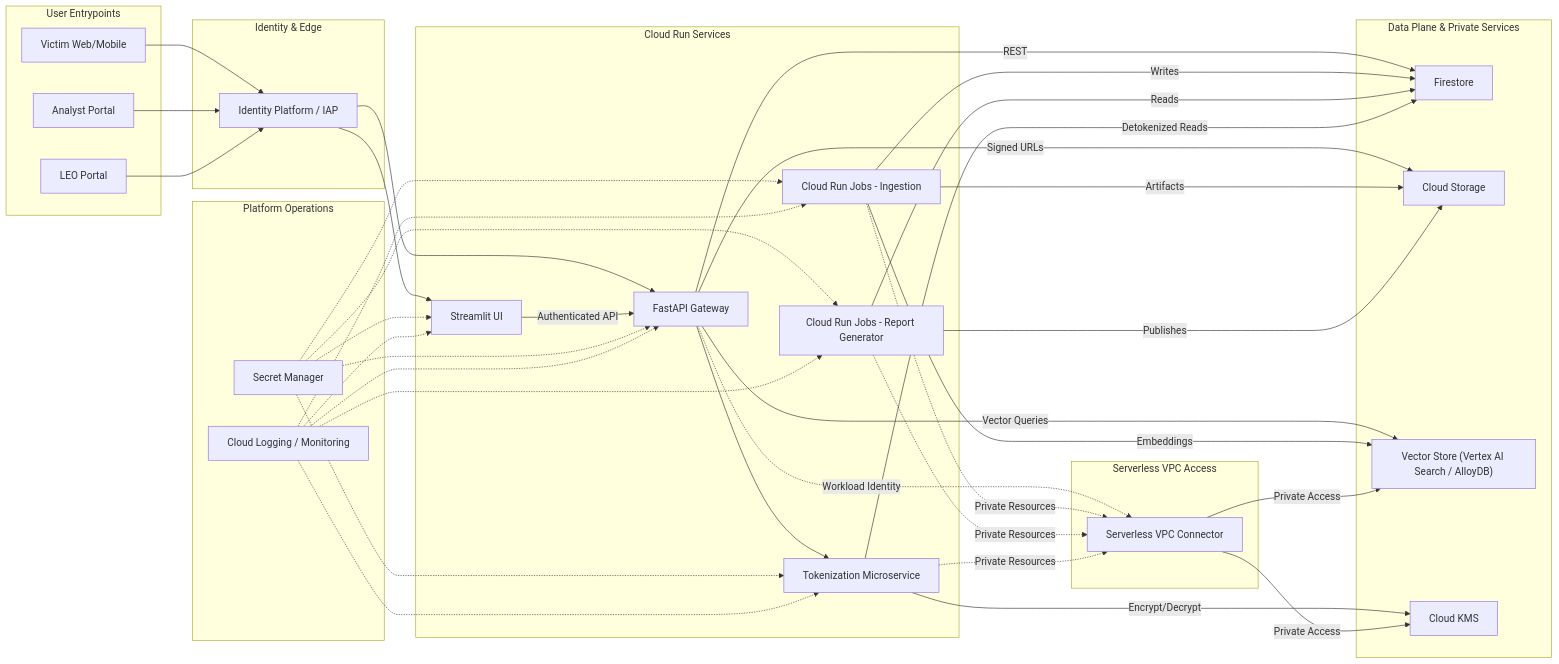
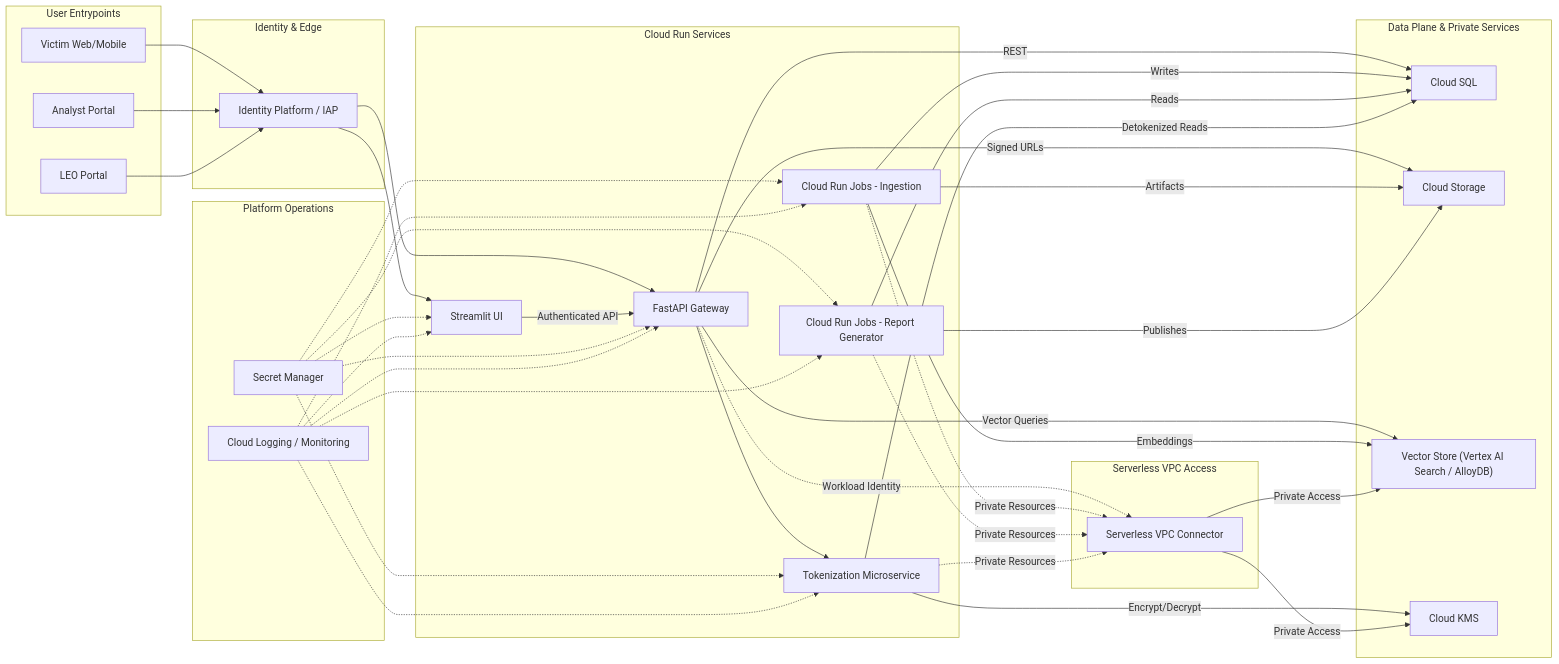
Before and after one commit to intelligenceforgood/core: the second of 3 diagrams in docs/design/architecture.md, drawn with Mermaid. The commit also changed other lines of this file and 27 other files, not shown here.

Commit message:
Removed all reference to Firestore as we have replaced it with SQLite (local) and PostgreSQL (dev/prod)

````diff
--- a/docs/design/architecture.md
+++ b/docs/design/architecture.md
@@ -127,79 +127,79 @@
 ```mermaid
 flowchart LR
   subgraph Users["User Entrypoints"]
     VictimUI[Victim Web/Mobile]
     AnalystUI[Analyst Portal]
     LEOUI[LEO Portal]
   end
 
   subgraph Edge["Identity & Edge"]
     IAP[Identity Platform / IAP]
   end
 
   subgraph RunServices["Cloud Run Services"]
     FastAPI[FastAPI Gateway]
     Streamlit[Streamlit UI]
     JobIngest[Cloud Run Jobs - Ingestion]
     JobReport[Cloud Run Jobs - Report Generator]
     VaultService[Tokenization Microservice]
   end
 
   subgraph VPC["Serverless VPC Access"]
     VPCConn[Serverless VPC Connector]
   end
 
   subgraph DataPlane["Data Plane & Private Services"]
-    Firestore[Firestore]
+    CloudSQL[Cloud SQL]
     Storage[Cloud Storage]
     Vector["Vector Store (Vertex AI Search / AlloyDB)"]
     KMS[Cloud KMS]
   end
 
   subgraph Platform["Platform Operations"]
     Secrets[Secret Manager]
     Logging[Cloud Logging / Monitoring]
   end
 
   VictimUI --> IAP
   AnalystUI --> IAP
   LEOUI --> IAP
 
   IAP --> FastAPI
   IAP --> Streamlit
 
   Streamlit -->|Authenticated API| FastAPI
-  FastAPI -->|REST| Firestore
+  FastAPI -->|REST| CloudSQL
   FastAPI -->|Signed URLs| Storage
   FastAPI -->|Vector Queries| Vector
   FastAPI --> VaultService
 
-  JobIngest -->|Writes| Firestore
+  JobIngest -->|Writes| CloudSQL
   JobIngest -->|Artifacts| Storage
   JobIngest -->|Embeddings| Vector
 
-  JobReport -->|Reads| Firestore
+  JobReport -->|Reads| CloudSQL
   JobReport -->|Publishes| Storage
 
-  VaultService -->|Detokenized Reads| Firestore
+  VaultService -->|Detokenized Reads| CloudSQL
 
   Secrets -.-> FastAPI
   Secrets -.-> Streamlit
   Secrets -.-> JobIngest
   Secrets -.-> JobReport
   Secrets -.-> VaultService
 
   FastAPI -.->|Workload Identity| VPCConn
   JobIngest -.->|Private Resources| VPCConn
   JobReport -.->|Private Resources| VPCConn
   VaultService -.->|Private Resources| VPCConn
   VaultService -->|Encrypt/Decrypt| KMS
 
   VPCConn -->|Private Access| Vector
   VPCConn -->|Private Access| KMS
 
   Logging -.-> FastAPI
   Logging -.-> Streamlit
   Logging -.-> JobIngest
   Logging -.-> JobReport
   Logging -.-> VaultService
 ```
````
